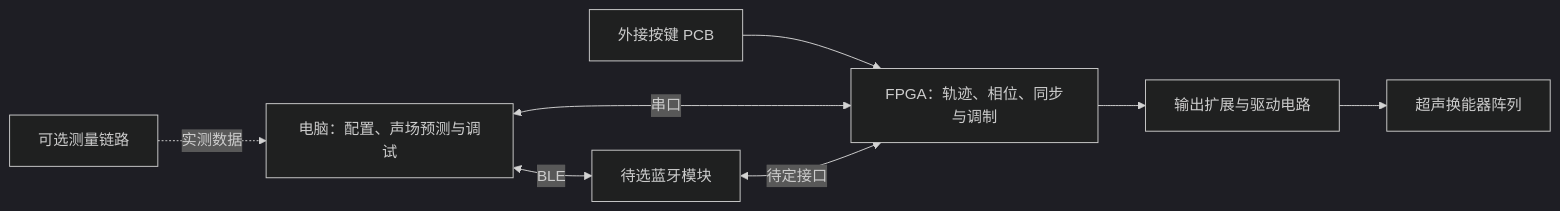
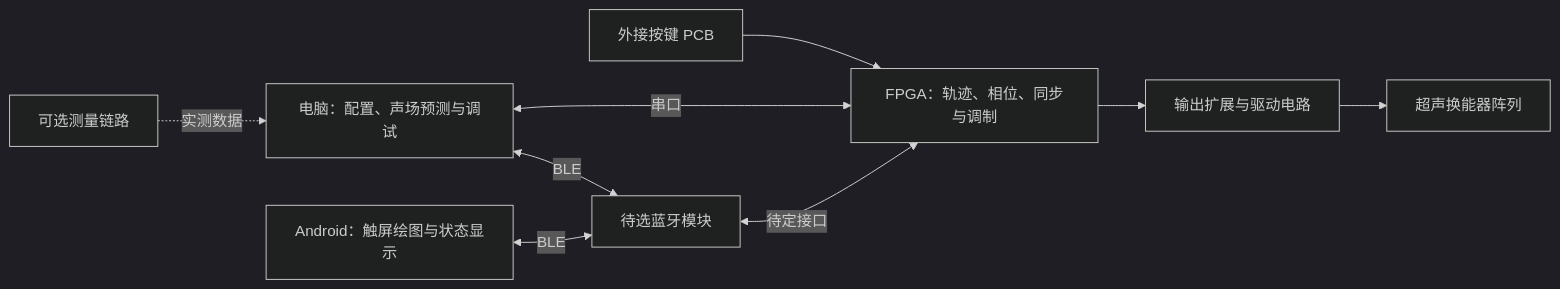
The diagram in README.md (Cody-ic/fpga-air-haptics), drawn with Mermaid (dark theme) before and after one commit. The commit also changed other lines of this file and 50 other files, not shown here.

Commit message:
feat: add Android companion with BLE and touch sketch editing

````diff
--- a/README.md
+++ b/README.md
@@ -17,10 +17,11 @@
 ```mermaid
 flowchart LR
     K[外接按键 PCB] --> F[FPGA：轨迹、相位、同步与调制]
     P[电脑：配置、声场预测与调试] <-->|串口| F
     P <-->|BLE| B[待选蓝牙模块]
+    A2[Android：触屏绘图与状态显示] <-->|BLE| B
     B <-->|待定接口| F
     F --> D[输出扩展与驱动电路]
     D --> A[超声换能器阵列]
     M[可选测量链路] -.实测数据.-> P
 ```
````
